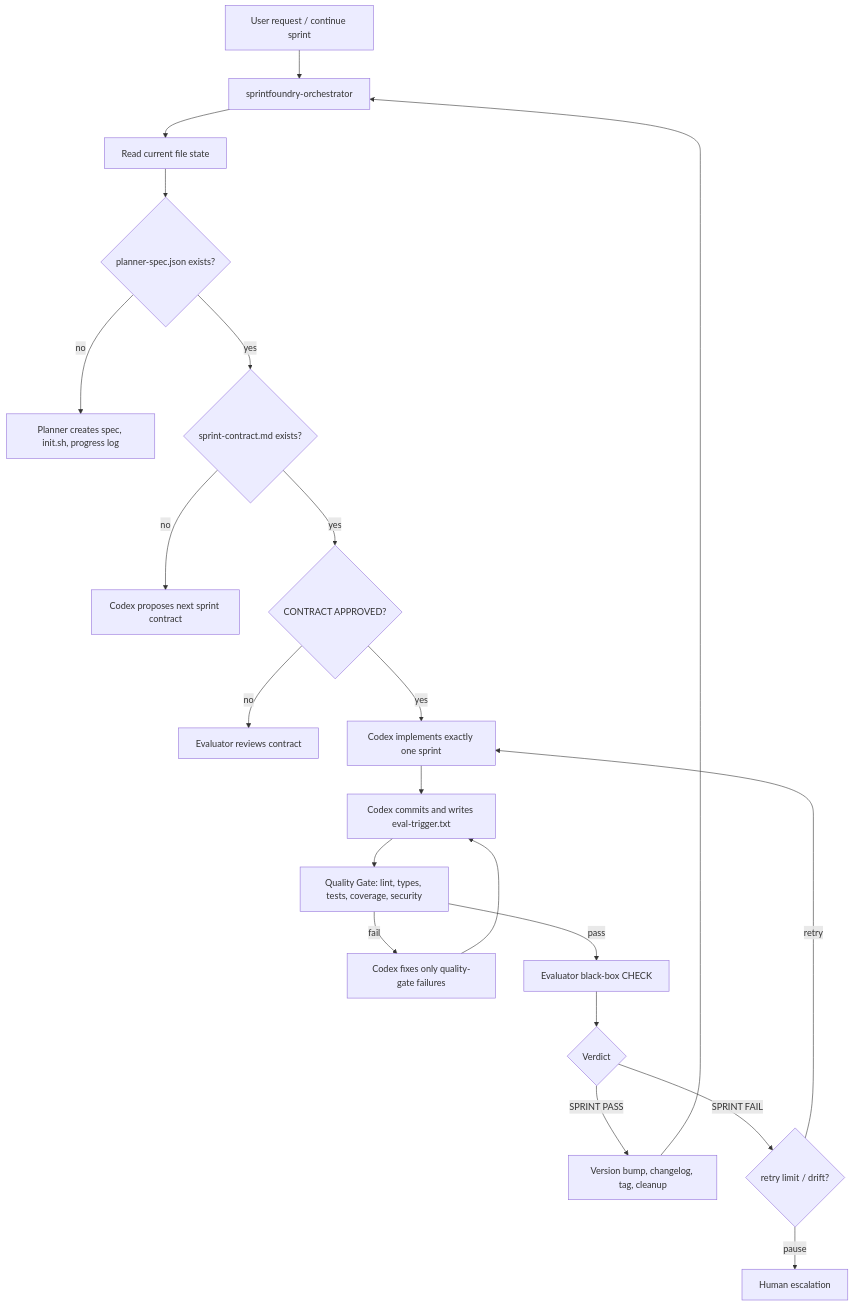
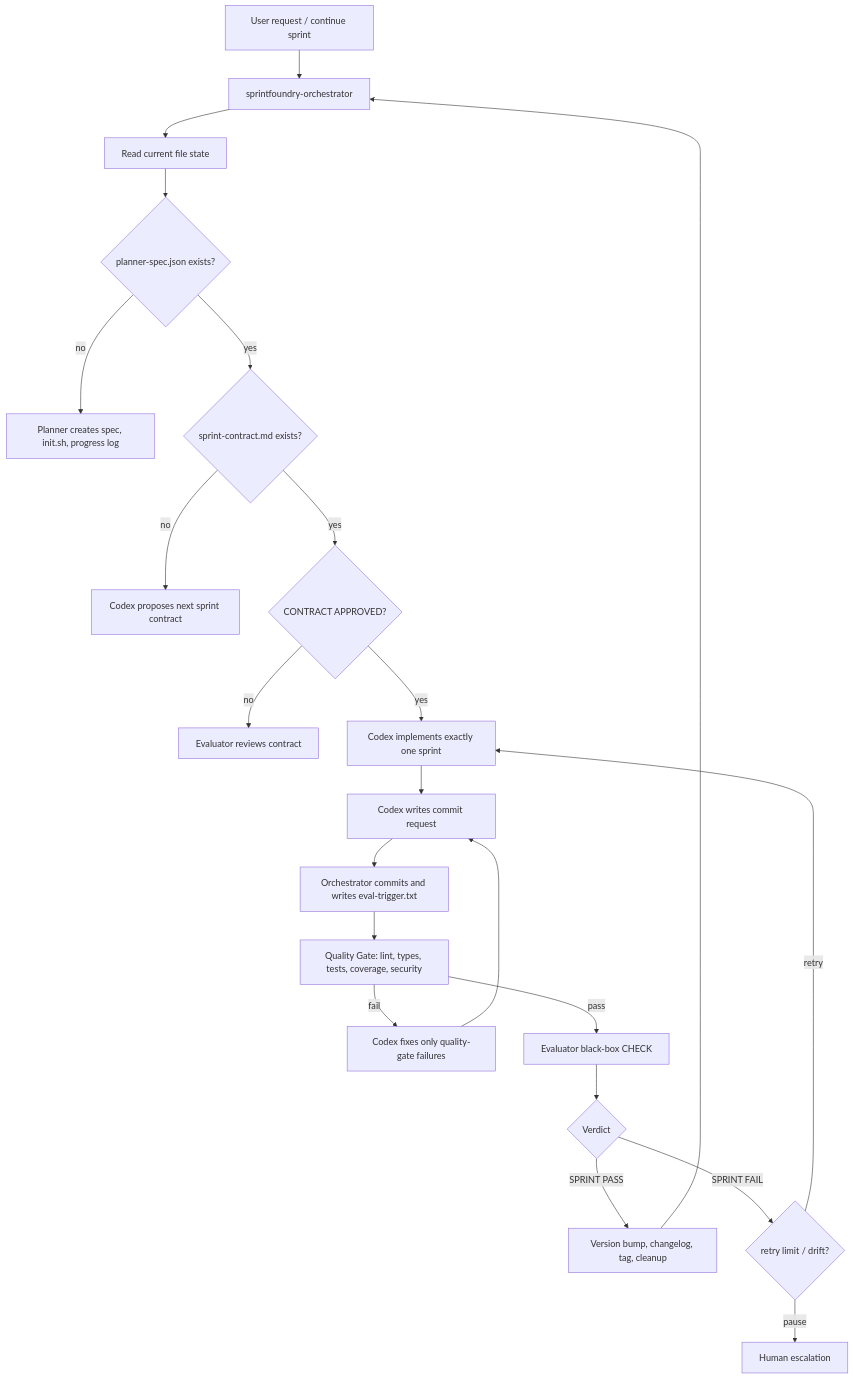
The diagram in README.md (YuSec2021/sprintfoundry), drawn with Mermaid before and after one commit. The commit also changed other lines of this file and 15 other files, not shown here.

Commit message:
fix(plugin): move sprint commits to orchestrator

````diff
--- a/README.md
+++ b/README.md
@@ -78,23 +79,24 @@
 ```mermaid
 flowchart TD
     A["User request / continue sprint"] --> O["sprintfoundry-orchestrator"]
     O --> S["Read current file state"]
     S --> P{"planner-spec.json exists?"}
     P -- no --> PL["Planner creates spec, init.sh, progress log"]
     P -- yes --> C{"sprint-contract.md exists?"}
     C -- no --> NC["Codex proposes next sprint contract"]
     C -- yes --> A1{"CONTRACT APPROVED?"}
     A1 -- no --> CR["Evaluator reviews contract"]
     A1 -- yes --> G["Codex implements exactly one sprint"]
-    G --> T["Codex commits and writes eval-trigger.txt"]
+    G --> RQ["Codex writes commit request"]
+    RQ --> T["Orchestrator commits and writes eval-trigger.txt"]
     T --> Q["Quality Gate: lint, types, tests, coverage, security"]
     Q -- fail --> QF["Codex fixes only quality-gate failures"]
-    QF --> T
+    QF --> RQ
     Q -- pass --> E["Evaluator black-box CHECK"]
     E --> R{"Verdict"}
     R -- "SPRINT PASS" --> V["Version bump, changelog, tag, cleanup"]
     R -- "SPRINT FAIL" --> F{"retry limit / drift?"}
     F -- retry --> G
     F -- pause --> H["Human escalation"]
     V --> O
 ```
````
